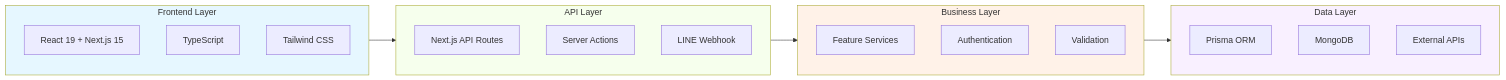
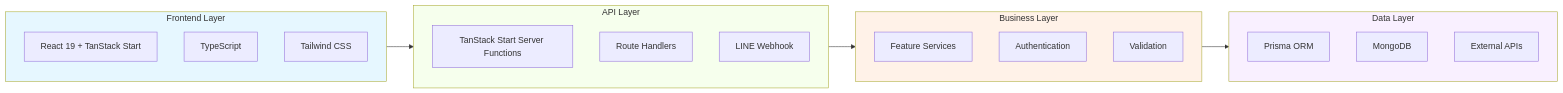
The second of 7 diagrams in docs/ARCHITECTURE.md (Sh0ckWaveZero/bun-line-t3), drawn with Mermaid before and after one commit. The commit also changed other lines of this file and 11 other files, not shown here.

````diff
--- a/docs/ARCHITECTURE.md
+++ b/docs/ARCHITECTURE.md
@@ -42,35 +42,35 @@
 ```mermaid
 graph LR
     subgraph frontend [Frontend Layer]
-        A[React 19 + Next.js 15]
+        A[React 19 + TanStack Start]
         B[TypeScript]
         C[Tailwind CSS]
     end
 
     subgraph api [API Layer]
-        D[Next.js API Routes]
-        E[Server Actions]
+        D[TanStack Start Server Functions]
+        E[Route Handlers]
         F[LINE Webhook]
     end
 
     subgraph business [Business Layer]
         G[Feature Services]
         H[Authentication]
         I[Validation]
     end
 
     subgraph data [Data Layer]
         J[Prisma ORM]
         K[MongoDB]
         L[External APIs]
     end
 
     frontend --> api
     api --> business
     business --> data
 
     style frontend fill:#e6f7ff
     style api fill:#f6ffed
     style business fill:#fff2e8
     style data fill:#f9f0ff
 ```
````
